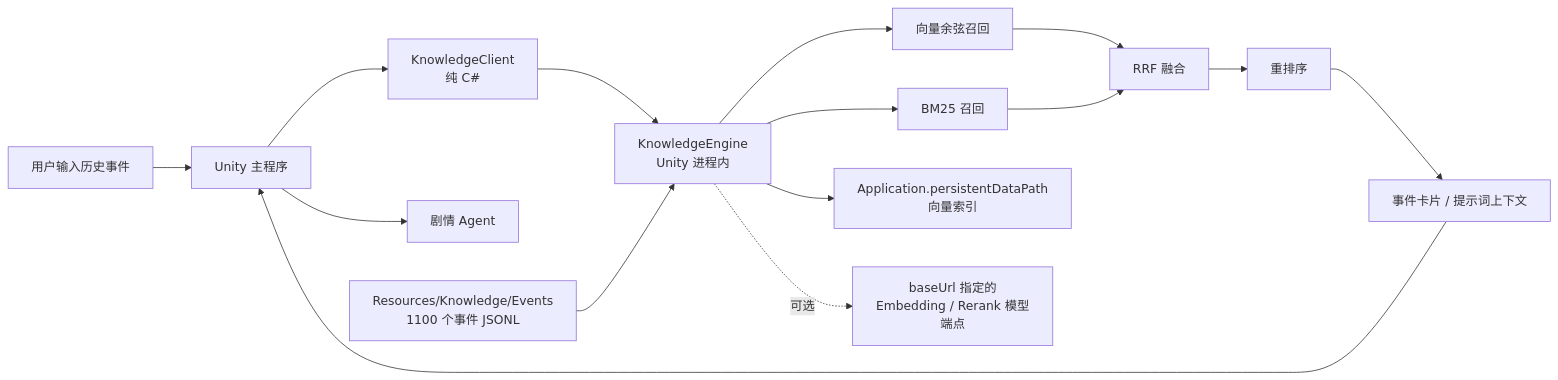
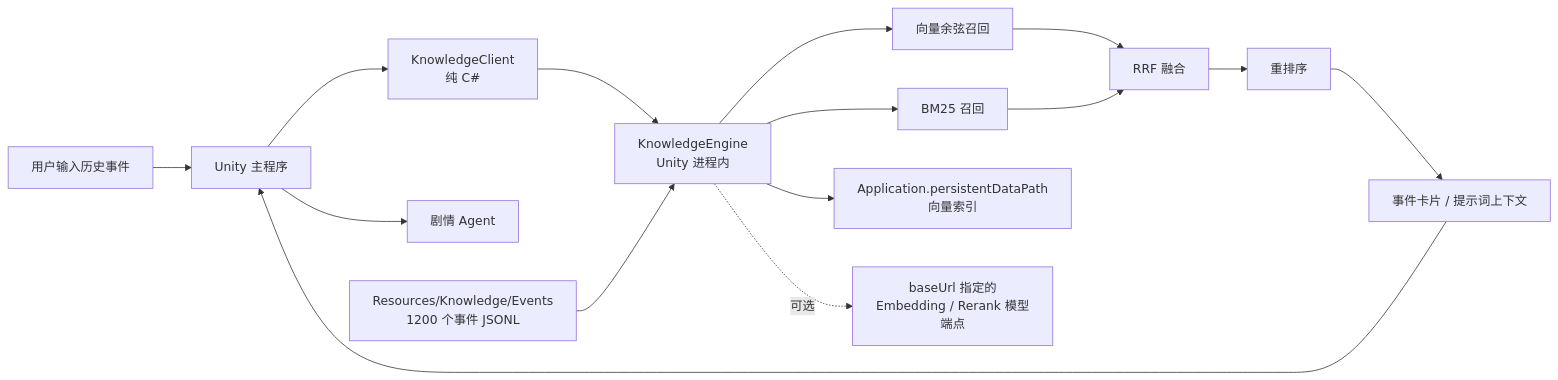
One commit to xinghuocode/epicspark changed the diagram in Docs/KnowledgeRAG.md. Above: the diagram before and after it, drawn with Mermaid. The commit also changed other lines of this file and 9 other files, not shown here.

````diff
--- a/Docs/KnowledgeRAG.md
+++ b/Docs/KnowledgeRAG.md
@@ -8,17 +8,17 @@
 ```mermaid
 flowchart LR
     U[用户输入历史事件] --> S[Unity 主程序]
     S --> C[KnowledgeClient<br/>纯 C#]
     C --> E[KnowledgeEngine<br/>Unity 进程内]
     E --> R1[向量余弦召回]
     E --> R2[BM25 召回]
     R1 --> F[RRF 融合]
     R2 --> F
     F --> RR[重排序]
     RR --> CX[事件卡片 / 提示词上下文]
     CX --> S
     S --> A[剧情 Agent]
-    D[Resources/Knowledge/Events<br/>1100 个事件 JSONL] --> E
+    D[Resources/Knowledge/Events<br/>1200 个事件 JSONL] --> E
     E --> IDX[Application.persistentDataPath<br/>向量索引]
     E -.可选.-> M[baseUrl 指定的<br/>Embedding / Rerank 模型端点]
 ```
````
